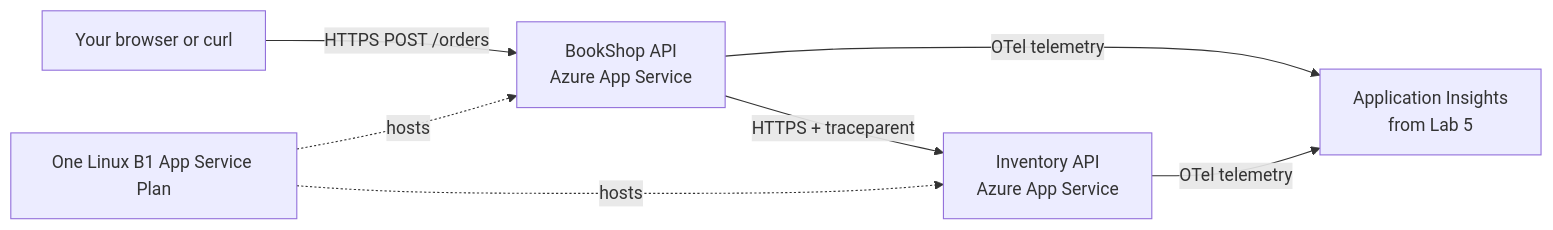
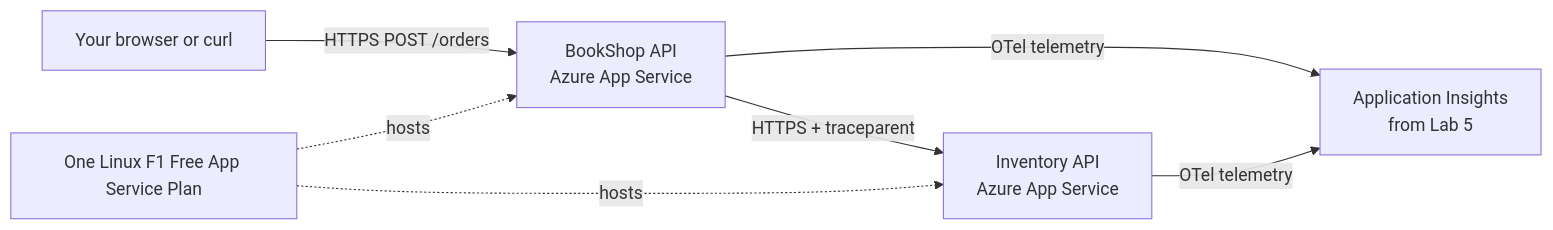
Before and after one commit to bogdanduta/observability: the diagram in docs/lab-8-app-service-deployment.md, drawn with Mermaid. The commit also changed other lines of this file, not shown here.

Commit message:
docs:configure-lab8-free-tier

````diff
--- a/docs/lab-8-app-service-deployment.md
+++ b/docs/lab-8-app-service-deployment.md
@@ -13,14 +13,14 @@
 ```mermaid
 flowchart LR
     Client[Your browser or curl]
     BookShop[BookShop API\nAzure App Service]
     Inventory[Inventory API\nAzure App Service]
-    Plan[One Linux B1 App Service Plan]
+    Plan[One Linux F1 Free App Service Plan]
     AI[Application Insights\nfrom Lab 5]
     Client -->|HTTPS POST /orders| BookShop
     BookShop -->|HTTPS + traceparent| Inventory
     BookShop -->|OTel telemetry| AI
     Inventory -->|OTel telemetry| AI
     Plan -. hosts .-> BookShop
     Plan -. hosts .-> Inventory
 ```
````
